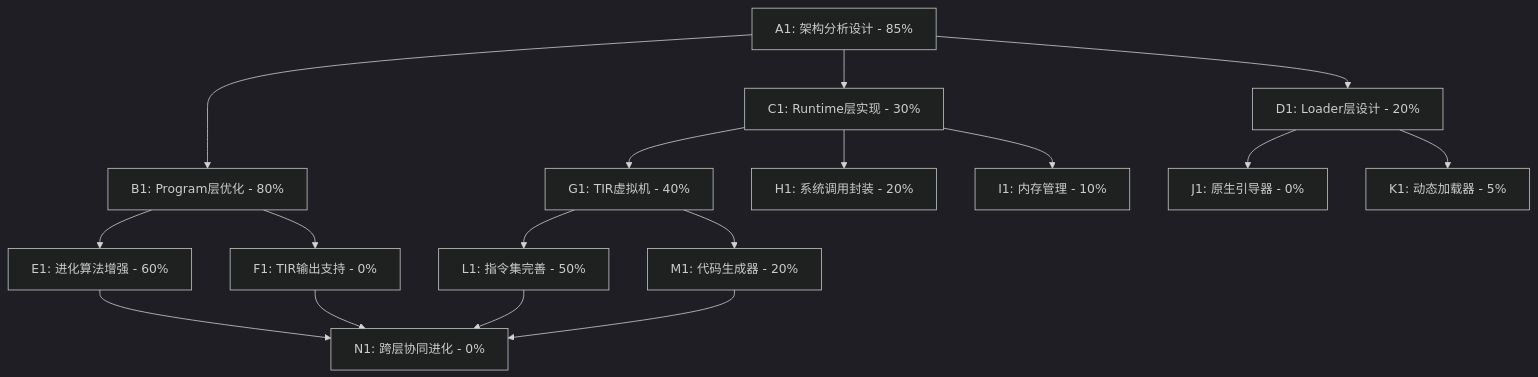
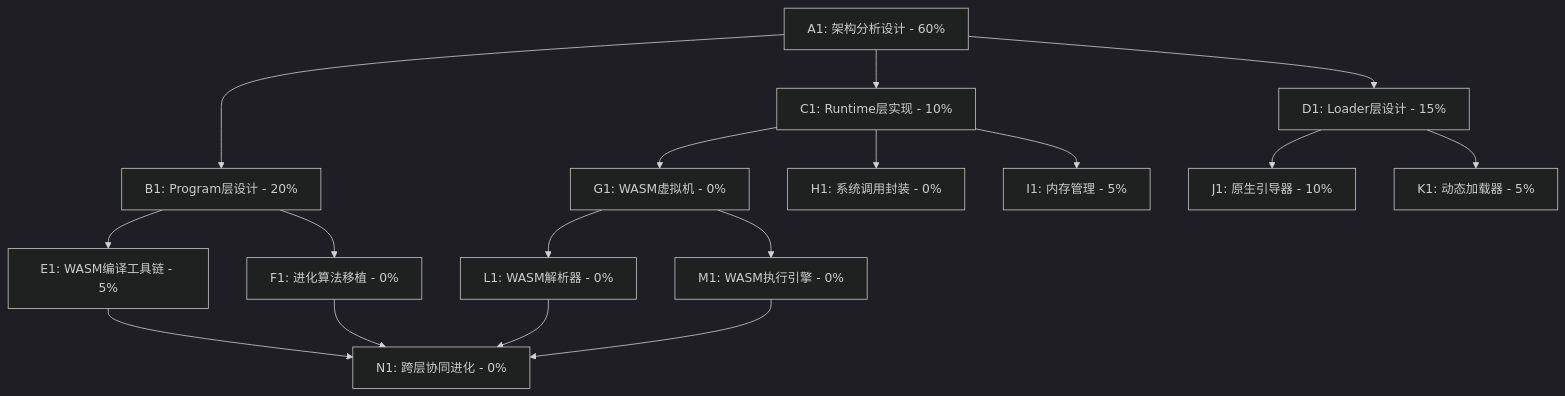
The diagram in aitasker.md (wanjochan/self-evolve-ai), drawn with Mermaid (dark theme) before and after one commit. The commit also changed other lines of this file and 69 other files, not shown here.

````diff
--- a/aitasker.md
+++ b/aitasker.md
@@ -9,24 +9,24 @@
 ```mermaid
 graph TD
-    A[A1: 架构分析设计 - 85%] --> B[B1: Program层优化 - 80%]
-    A --> C[C1: Runtime层实现 - 30%]
-    A --> D[D1: Loader层设计 - 20%]
+    A[A1: 架构分析设计 - 60%] --> B[B1: Program层设计 - 20%]
+    A --> C[C1: Runtime层实现 - 10%]
+    A --> D[D1: Loader层设计 - 15%]
     
-    B --> E[E1: 进化算法增强 - 60%]
-    B --> F[F1: TIR输出支持 - 0%]
+    B --> E[E1: WASM编译工具链 - 5%]
+    B --> F[F1: 进化算法移植 - 0%]
     
-    C --> G[G1: TIR虚拟机 - 40%]
-    C --> H[H1: 系统调用封装 - 20%]
-    C --> I[I1: 内存管理 - 10%]
+    C --> G[G1: WASM虚拟机 - 0%]
+    C --> H[H1: 系统调用封装 - 0%]
+    C --> I[I1: 内存管理 - 5%]
     
-    D --> J[J1: 原生引导器 - 0%]
+    D --> J[J1: 原生引导器 - 10%]
     D --> K[K1: 动态加载器 - 5%]
     
-    G --> L[L1: 指令集完善 - 50%]
-    G --> M[M1: 代码生成器 - 20%]
+    G --> L[L1: WASM解析器 - 0%]
+    G --> M[M1: WASM执行引擎 - 0%]
     
     E --> N[N1: 跨层协同进化 - 0%]
     F --> N
     L --> N
     M --> N
 ```
````
